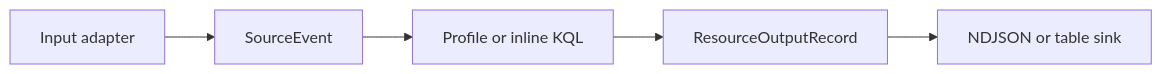
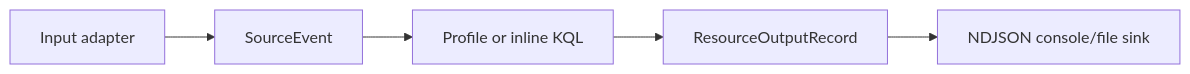
Before and after one commit to DeltaZulu-OU/DeltaZulu.Agent: the first of 2 diagrams in docs/ARCHITECTURE.md, drawn with Mermaid. The commit also changed other lines of this file and 6 other files, not shown here.

````diff
--- a/docs/ARCHITECTURE.md
+++ b/docs/ARCHITECTURE.md
@@ -54,7 +54,7 @@
 ```mermaid
 flowchart LR
     A[Input adapter] --> B[SourceEvent]
     B --> C[Profile or inline KQL]
     C --> D[ResourceOutputRecord]
-    D --> E[NDJSON or table sink]
+    D --> E[NDJSON console/file sink]
 ```
````
